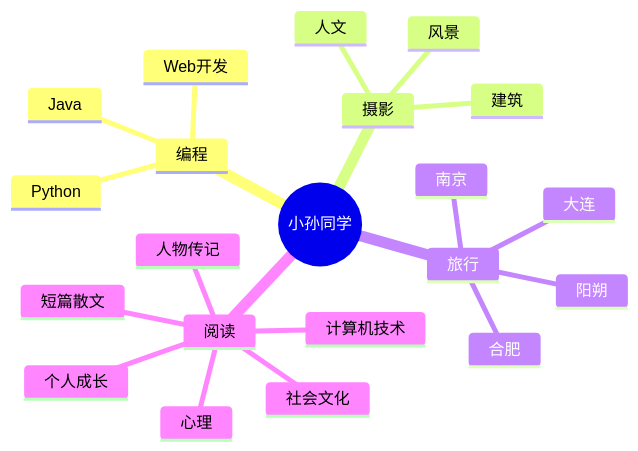
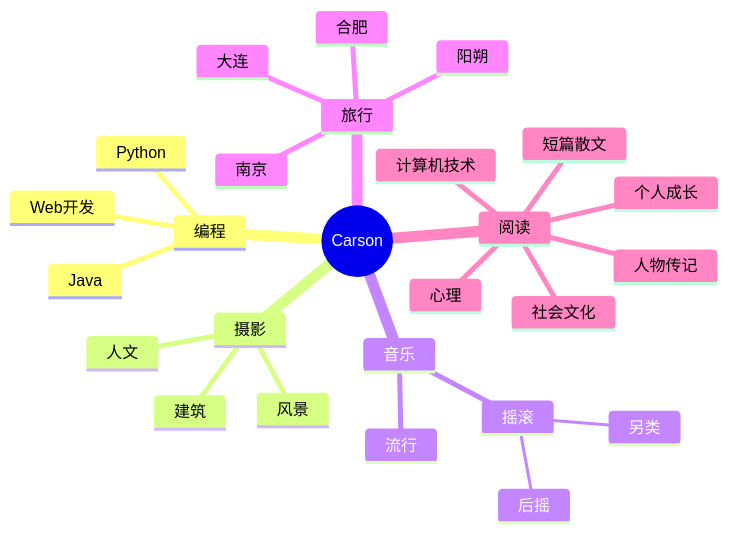
The diagram in README.md (CarsonLLuo/CarsonLLuo), drawn with Mermaid before and after one commit. The commit also changed other lines of this file, not shown here.

````diff
--- a/README.md
+++ b/README.md
@@ -73,24 +70,29 @@
 ```mermaid
 mindmap
-  root((小孙同学))
+  root((Carson))
     编程
       Web开发
       Java
       Python
     摄影
       人文
       建筑
       风景
+    音乐
+      摇滚
+        后摇
+        另类
+      流行
     旅行
       大连
       南京
       合肥
       阳朔
     阅读
       短篇散文
       人物传记
       个人成长
       社会文化
       心理
       计算机技术
 ```
````
